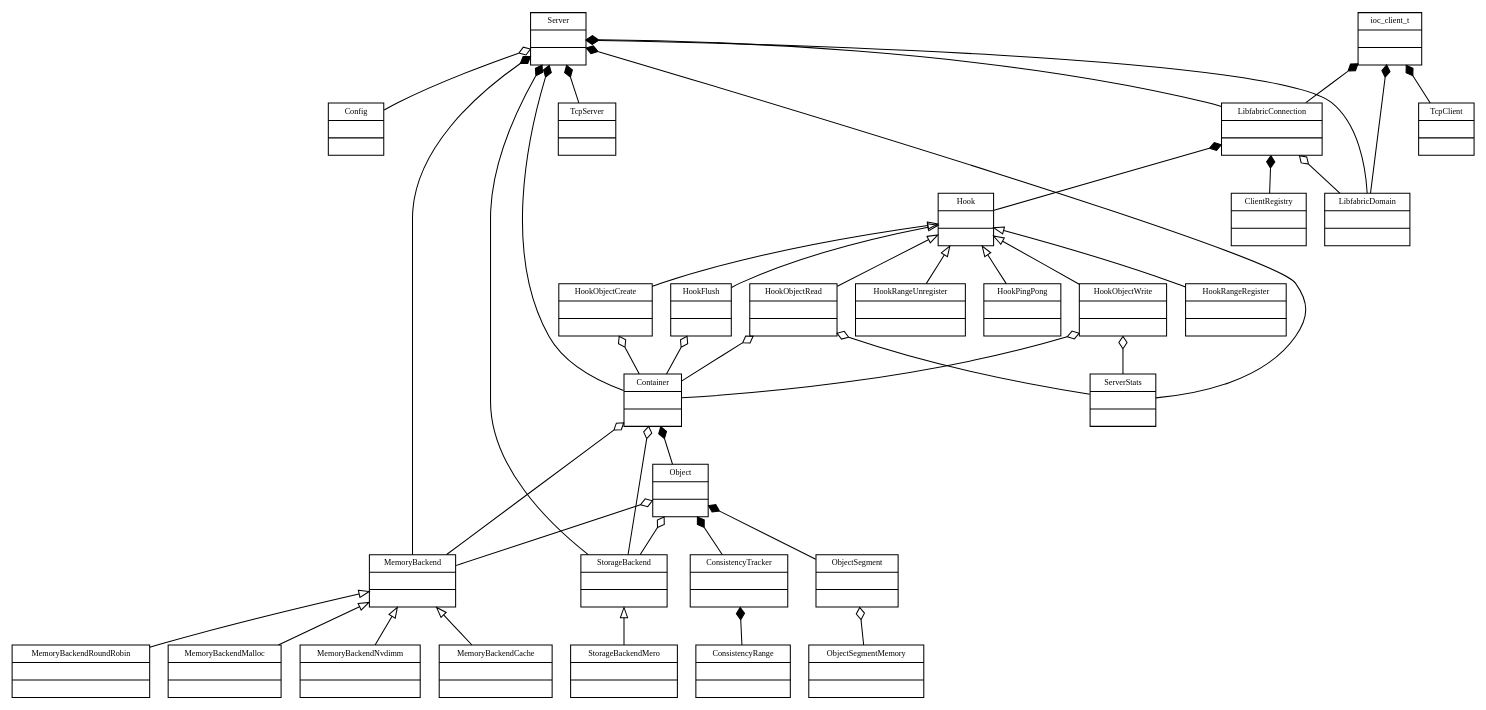
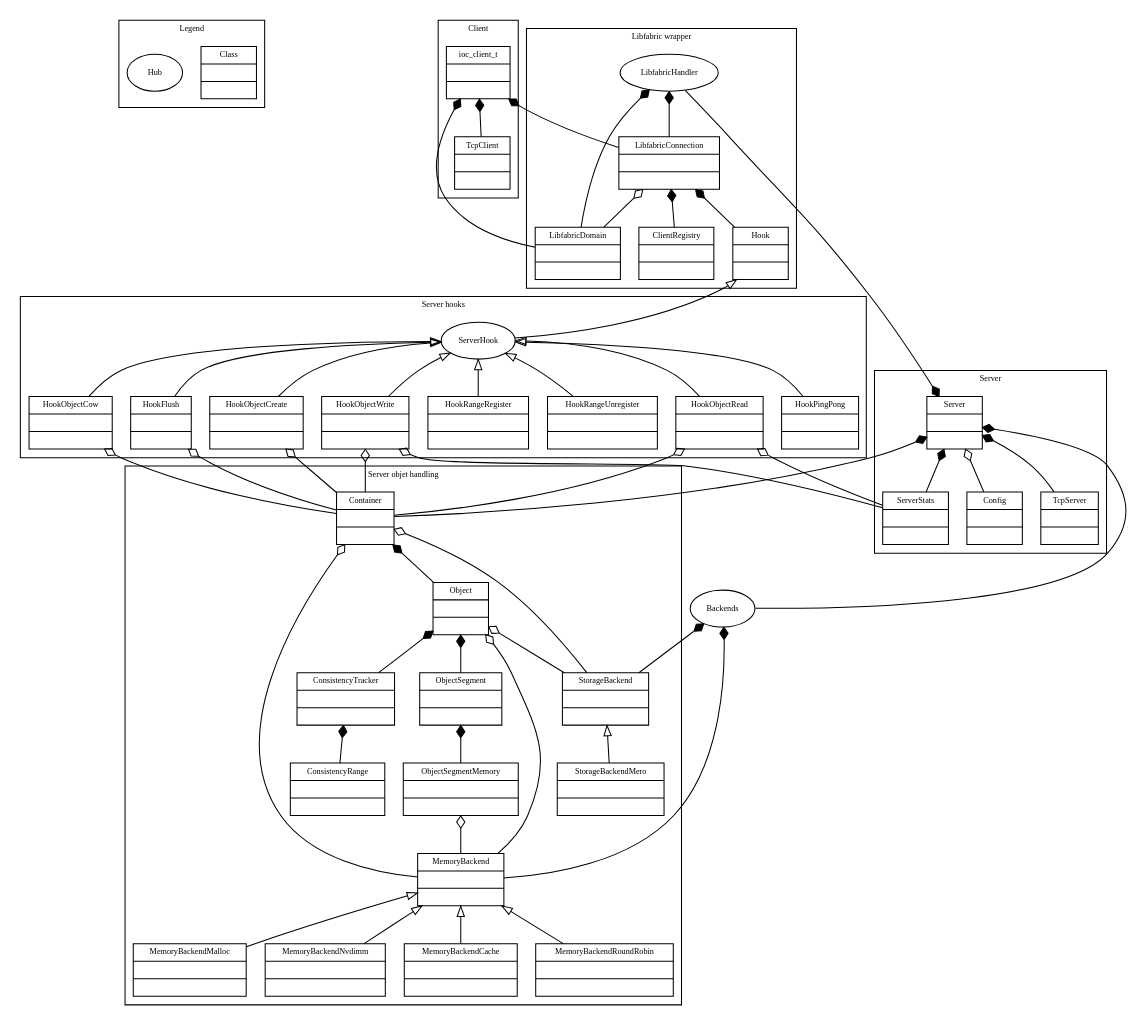
Before and after one commit to FR-GRE-BDS-HPC-SW-SAGE2-GMA/iocatcher: the diagram in doc/images/uml.dot, drawn with Graphviz. The commit also changed 1 other file, not shown here.

Commit message:
[nvdimm] Update UML diagram

```diff
--- a/doc/images/uml.dot
+++ b/doc/images/uml.dot
@@ -16,136 +16,192 @@
 		arrowtail = "empty"
 		dir=back
 	]
-	
+
+	//legend
+	subgraph cluster_legend {
+		label = "Legend"
+
+		Class [
+			label = "{Class|\l|\l}"
+		]
+
+		Hub [
+			label = "Hub"
+			shape = ellipse
+		]
+	}
+
 	//classes
-	Server [
-		label = "{Server|\l|\l}"
+	subgraph cluster_server {
+		label = "Server"
+
+		Server [
+			label = "{Server|\l|\l}"
+		]
+
+		TcpServer [
+			label = "{TcpServer|\l|\l}"
+		]
+
+		Config [
+			label = "{Config|\l|\l}"
+		]
+
+		ServerStats [
+			label = "{ServerStats|\l|\l}"
+		]
+	}
+
+	subgraph cluster_server_hooks {
+		label = "Server hooks"
+
+		ServerHook [
+			label = "ServerHook"
+			shape = ellipse
+		]
+
+		HookObjectWrite [
+			label = "{HookObjectWrite|\l|\l}"
+		]
+
+		HookObjectRead [
+			label = "{HookObjectRead|\l|\l}"
+		]
+
+		HookObjectCreate [
+			label = "{HookObjectCreate|\l|\l}"
+		]
+
+		HookObjectCow [
+			label = "{HookObjectCow|\l|\l}"
+		]
+
+		HookRangeRegister [
+			label = "{HookRangeRegister|\l|\l}"
+		]
+
+		HookRangeUnregister [
+			label = "{HookRangeUnregister|\l|\l}"
+		]
+
+		HookFlush [
+			label = "{HookFlush|\l|\l}"
+		]
+
+		HookPingPong [
+			label = "{HookPingPong|\l|\l}"
+		]
+	}
+
+	subgraph cluster_object_handling {
+		label = "Server objet handling"
+
+		Container [
+			label = "{Container|\l|\l}"
+		]
+
+		Object [
+			label = "{Object|\l|\l}"
+		]
+
+		StorageBackend [
+			label = "{StorageBackend|\l|\l}"
+		]
+
+		StorageBackendMero [
+			label = "{StorageBackendMero|\l|\l}"
+		]
+
+		ConsistencyTracker [
+			label = "{ConsistencyTracker|\l|\l}"
+		]
+
+		ConsistencyRange [
+			label = "{ConsistencyRange|\l|\l}"
+		]
+
+		ObjectSegment [
+			label = "{ObjectSegment|\l|\l}"
+		]
+
+		MemoryBackend [
+			label = "{MemoryBackend|\l|\l}"
+		]
+
+		MemoryBackendMalloc [
+			label = "{MemoryBackendMalloc|\l|\l}"
+		]
+
+		MemoryBackendNvdimm [
+			label = "{MemoryBackendNvdimm|\l|\l}"
+		]
+
+		MemoryBackendCache [
+			label = "{MemoryBackendCache|\l|\l}"
+		]
+
+		MemoryBackendRoundRobin [
+			label = "{MemoryBackendRoundRobin|\l|\l}"
+		]
+
+		ObjectSegmentMemory [
+			label = "{ObjectSegmentMemory|\l|\l}"
+		]
+
+	}
+
+	Backends [
+		label = "Backends"
+		shape = ellipse
 	]
 
-	Container [
-		label = "{Container|\l|\l}"
-	]
+	subgraph cluster_libfabric_handling {
+		label = "Libfabric wrapper"
 
-	Object [
-		label = "{Object|\l|\l}"
-	]
+		LibfabricConnection [
+			label = "{LibfabricConnection|\l|\l}"
+		]
 
-	StorageBackend [
-		label = "{StorageBackend|\l|\l}"
-	]
+		LibfabricDomain [
+			label = "{LibfabricDomain|\l|\l}"
+		]
 
-	StorageBackendMero [
-		label = "{StorageBackendMero|\l|\l}"
-	]
+		ClientRegistry [
+			label = "{ClientRegistry|\l|\l}"
+		]
 
-	ConsistencyTracker [
-		label = "{ConsistencyTracker|\l|\l}"
-	]
+		Hook [
+			label = "{Hook|\l|\l}"
+		]
 
-	Hook [
-		label = "{Hook|\l|\l}"
-	]
+		LibfabricHandler [
+			label = "LibfabricHandler"
+			shape = ellipse
+		]
+	}
 
-	LibfabricConnection [
-		label = "{LibfabricConnection|\l|\l}"
-	]
+	subgraph cluster_client {
+		label = "Client"
 
-	LibfabricDomain [
-		label = "{LibfabricDomain|\l|\l}"
-	]
+		TcpClient [
+			label = "{TcpClient|\l|\l}"
+		]
 
-	TcpServer [
-		label = "{TcpServer|\l|\l}"
-	]
-
-	TcpClient [
-		label = "{TcpClient|\l|\l}"
-	]
-
-	ioc_client_t [
-		label = "{ioc_client_t|\l|\l}"
-	]
-
-	ConsistencyRange [
-		label = "{ConsistencyRange|\l|\l}"
-	]
-
-	ObjectSegment [
-		label = "{ObjectSegment|\l|\l}"
-	]
-
-	Config [
-		label = "{Config|\l|\l}"
-	]
-
-	ClientRegistry [
-		label = "{ClientRegistry|\l|\l}"
-	]
-
-	HookObjectWrite [
-		label = "{HookObjectWrite|\l|\l}"
-	]
-
-	HookObjectRead [
-		label = "{HookObjectRead|\l|\l}"
-	]
-
-	HookObjectCreate [
-		label = "{HookObjectCreate|\l|\l}"
-	]
-
-	HookRangeRegister [
-		label = "{HookRangeRegister|\l|\l}"
-	]
-
-	HookRangeUnregister [
-		label = "{HookRangeUnregister|\l|\l}"
-	]
-
-	HookFlush [
-		label = "{HookFlush|\l|\l}"
-	]
-
-	HookPingPong [
-		label = "{HookPingPong|\l|\l}"
-	]
-
-	ServerStats [
-		label = "{ServerStats|\l|\l}"
-	]
-
-	MemoryBackend [
-		label = "{MemoryBackend|\l|\l}"
-	]
-
-	MemoryBackendMalloc [
-		label = "{MemoryBackendMalloc|\l|\l}"
-	]
-
-	MemoryBackendNvdimm [
-		label = "{MemoryBackendNvdimm|\l|\l}"
-	]
-
-	MemoryBackendCache [
-		label = "{MemoryBackendCache|\l|\l}"
-	]
-
-	MemoryBackendRoundRobin [
-		label = "{MemoryBackendRoundRobin|\l|\l}"
-	]
-
-	ObjectSegmentMemory [
-		label = "{ObjectSegmentMemory|\l|\l}"
-	]
+		ioc_client_t [
+			label = "{ioc_client_t|\l|\l}"
+		]
+	}
 
 	//inheritance links
-	Hook -> HookFlush
-	Hook -> HookObjectCreate
-	Hook -> HookObjectRead
-	Hook -> HookObjectWrite
-	Hook -> HookRangeRegister
-	Hook -> HookRangeUnregister
-	Hook -> HookPingPong
+	ServerHook -> HookFlush
+	ServerHook -> HookObjectCow
+	ServerHook -> HookObjectCreate
+	ServerHook -> HookObjectRead
+	ServerHook -> HookObjectWrite
+	ServerHook -> HookRangeRegister
+	ServerHook -> HookRangeUnregister
+	ServerHook -> HookPingPong
+	Hook -> ServerHook
 	StorageBackend -> StorageBackendMero
 	MemoryBackend -> MemoryBackendMalloc
 	MemoryBackend -> MemoryBackendNvdimm
@@ -153,14 +209,16 @@
 	MemoryBackend -> MemoryBackendRoundRobin
 
 	//composition
+	LibfabricHandler -> LibfabricDomain[arrowtail=diamond]
+	LibfabricHandler -> LibfabricConnection[arrowtail=diamond]
 	Server -> Config[arrowtail=odiamond]
 	Server -> Container[arrowtail=diamond]
 	Server -> TcpServer[arrowtail=diamond]
-	Server -> LibfabricDomain[arrowtail=diamond]
-	Server -> LibfabricConnection[arrowtail=diamond]
+	Server -> LibfabricHandler[arrowtail=diamond]
 	Server -> ServerStats[arrowtail=diamond]
-	Server -> StorageBackend[arrowtail=diamond]
-	Server -> MemoryBackend[arrowtail=diamond]
+	Server -> Backends[arrowtail=diamond]
+	Backends -> StorageBackend[arrowtail=diamond]
+	Backends -> MemoryBackend[arrowtail=diamond]
 	LibfabricConnection -> ClientRegistry[arrowtail=diamond]
 	LibfabricConnection -> LibfabricDomain[arrowtail=odiamond]
 	LibfabricConnection -> Hook[arrowtail=diamond]
@@ -171,13 +229,15 @@
 	Object -> ConsistencyTracker[arrowtail=diamond]
 	Object -> StorageBackend[arrowtail=odiamond]
 	Object -> MemoryBackend[arrowtail=odiamond]
-	ObjectSegment -> ObjectSegmentMemory[arrowtail=odiamond]
+	ObjectSegment -> ObjectSegmentMemory[arrowtail=diamond]
+	ObjectSegmentMemory -> MemoryBackend[arrowtail=odiamond]
 	ConsistencyTracker -> ConsistencyRange[arrowtail=diamond]
 	ioc_client_t -> TcpClient[arrowtail=diamond]
 	ioc_client_t -> LibfabricDomain[arrowtail=diamond]
 	ioc_client_t -> LibfabricConnection[arrowtail=diamond]
 	HookFlush -> Container[arrowtail=odiamond]
 	HookObjectCreate -> Container[arrowtail=odiamond]
+	HookObjectCow -> Container[arrowtail=odiamond]
 	HookObjectRead -> Container[arrowtail=odiamond]
 	HookObjectWrite -> Container[arrowtail=odiamond]
 	HookObjectRead -> ServerStats[arrowtail=odiamond]
```
